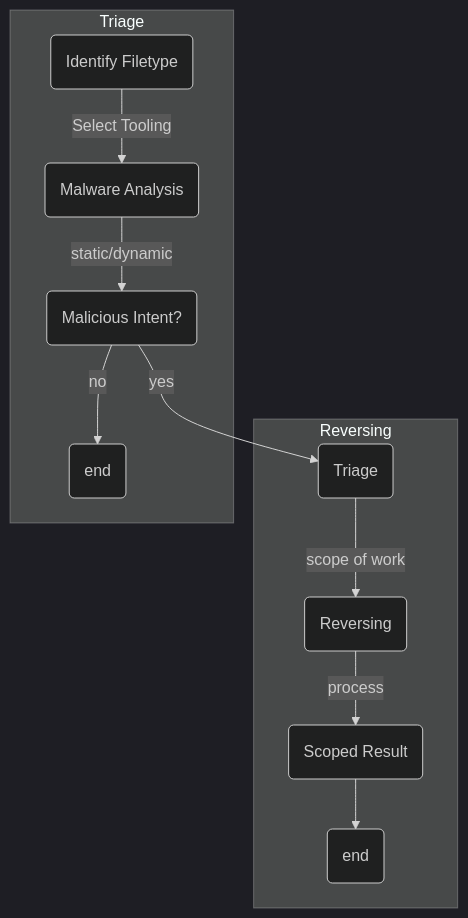
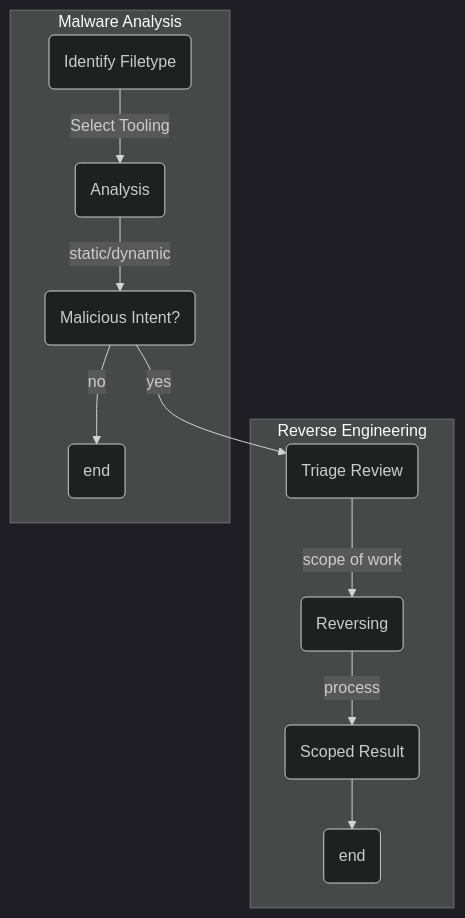
One commit to c3rb3ru5d3d53c/c3rb3ru5d3d53c.github.io changed the diagram in content/documents/malware-analysis-reversing-workflow/index.md. Above: the diagram before and after it, drawn with Mermaid (dark theme). The commit also changed other lines of this file, not shown here.

```diff
--- a/content/documents/malware-analysis-reversing-workflow/index.md
+++ b/content/documents/malware-analysis-reversing-workflow/index.md
@@ -71,16 +71,16 @@
 <div class="mermaid">
   graph TD
-	subgraph Triage
-		0(Identify Filetype) & 1(Malware Analysis) & 2(Malicious Intent?) & 3(end)
+	subgraph Malware Analysis
+		0(Identify Filetype) & 1(Analysis) & 2(Malicious Intent?) & 3(end)
 	end
-	subgraph Reversing
-		4(Triage) & 5(Reversing) & 6(Scoped Result) & 7(end)
+	subgraph Reverse Engineering
+		4(Triage Review) & 5(Reversing) & 6(Scoped Result) & 7(end)
 	end
 	 0 -->|Select Tooling| 1
 	 1 -->|static/dynamic|2
 	 2-->|yes|4
 	 2-->|no|3
 	 4-->|scope of work|5
 	 5-->|process|6
 	 6-->7
 </div>
```
